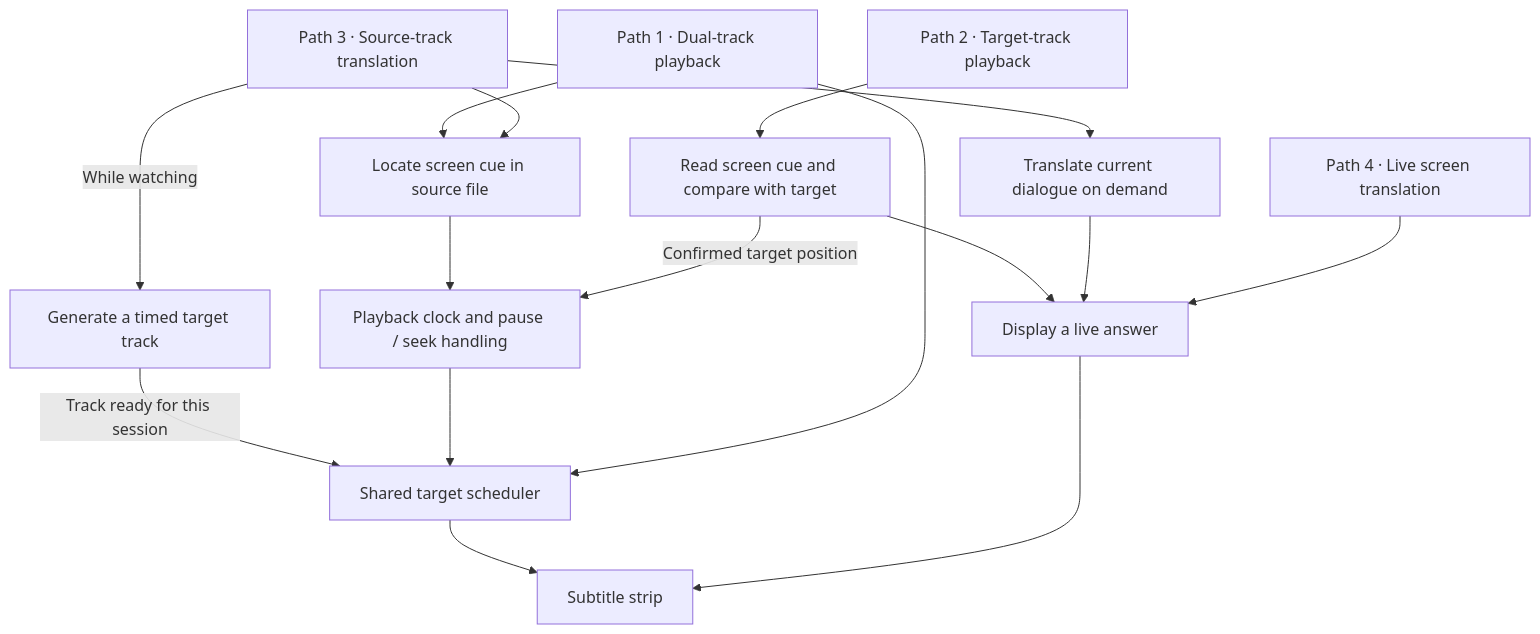
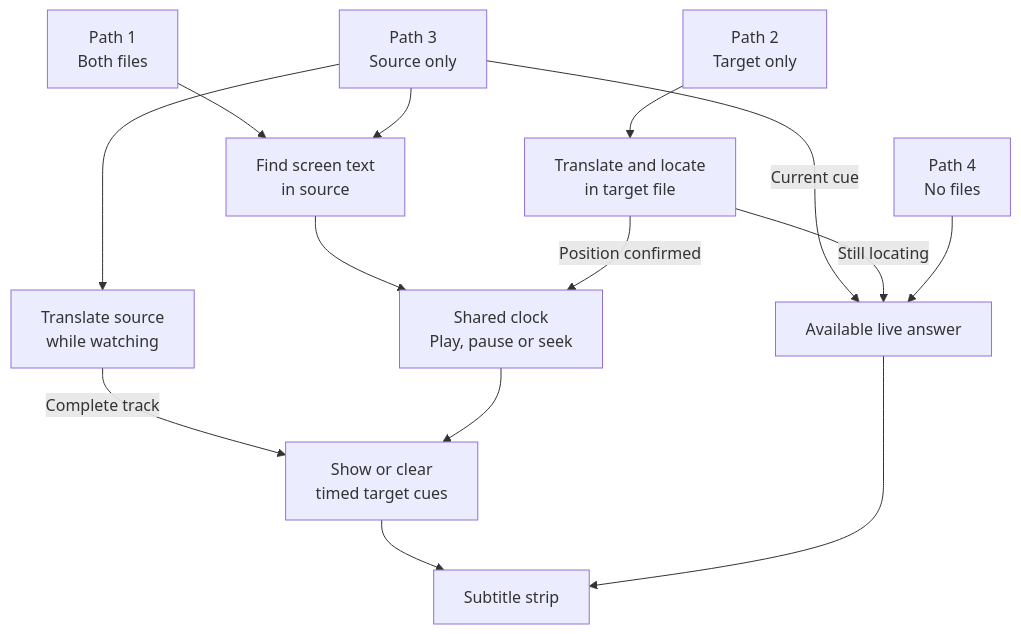
The first of 2 diagrams in docs/subtitle-fallback-design.md (PeterShanxin/Meowcal-Sub-2), drawn with Mermaid before and after one commit. The commit also changed other lines of this file and 6 other files, not shown here.

Commit message:
Document the four shipping paths and verify both timed handoffs

````diff
--- a/docs/subtitle-fallback-design.md
+++ b/docs/subtitle-fallback-design.md
@@ -21,18 +24,16 @@
 ```mermaid
 flowchart TD
-    Dual["Path 1 · Dual-track playback"] --> Src["Locate screen cue in source file"]
-    Src --> Clock["Playback clock and pause / seek handling"]
-    Target["Path 2 · Target-track playback"] --> OCR["Read screen cue and compare with target"]
-    OCR --> Live["Display a live answer"]
-    OCR -->|"Confirmed target position"| Clock
-    Source["Path 3 · Source-track translation"] --> Src
-    Source --> Now["Translate current dialogue on demand"]
-    Now --> Live
-    Source -->|"While watching"| Build["Generate a timed target track"]
-    Build -->|"Track ready for this session"| Display
-    Clock --> Display["Shared target scheduler"]
-    Dual --> Display
+    Dual["Path 1<br/>Both files"] --> Src["Find screen text<br/>in source"]
+    Source["Path 3<br/>Source only"] --> Src
+    Source --> Build["Translate source<br/>while watching"]
+    Build -->|"Complete track"| Display
+    Source -->|"Current cue"| Live
+    Target["Path 2<br/>Target only"] --> Locate["Translate and locate<br/>in target file"]
+    Src --> Clock["Shared clock<br/>Play, pause or seek"]
+    Locate -->|"Position confirmed"| Clock
+    Locate -->|"Still locating"| Live["Available live answer"]
+    Clock --> Display["Show or clear<br/>timed target cues"]
+    Neither["Path 4<br/>No files"] --> Live
     Display --> Strip["Subtitle strip"]
-    Neither["Path 4 · Live screen translation"] --> Live
     Live --> Strip
 ```
````
